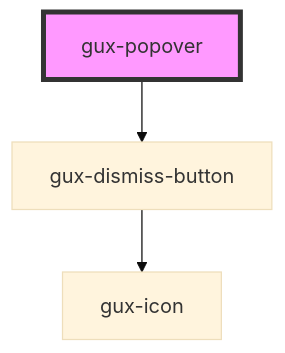
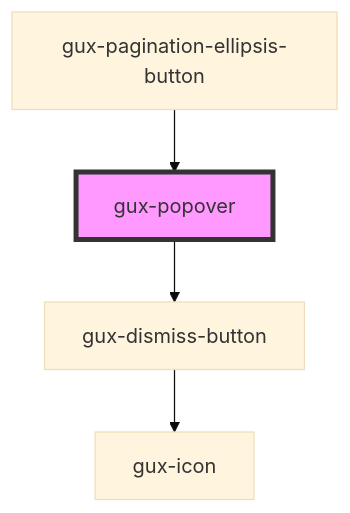
Before and after one commit to MyPureCloud/genesys-spark: the diagram in packages/genesys-spark-components/src/components/stable/gux-popover/readme.md, drawn with Mermaid (base theme). The commit also changed other lines of this file and 23 other files, not shown here.

Commit message:
chore(gux-popover): replace gux-popover with gux-popover-beta

````diff
--- a/packages/genesys-spark-components/src/components/stable/gux-popover/readme.md
+++ b/packages/genesys-spark-components/src/components/stable/gux-popover/readme.md
@@ -45,6 +50,7 @@
 ```mermaid
 graph TD;
   gux-popover --> gux-dismiss-button
   gux-dismiss-button --> gux-icon
+  gux-pagination-ellipsis-button --> gux-popover
   style gux-popover fill:#f9f,stroke:#333,stroke-width:4px
 ```
````
